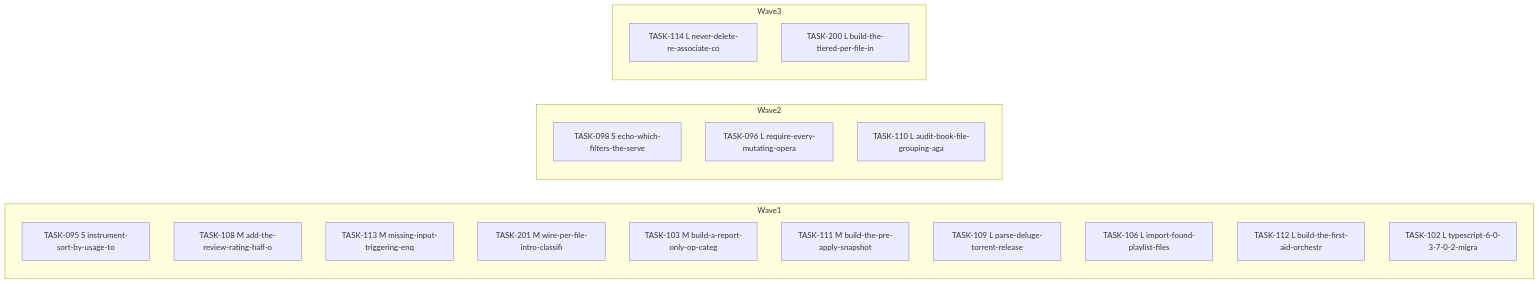
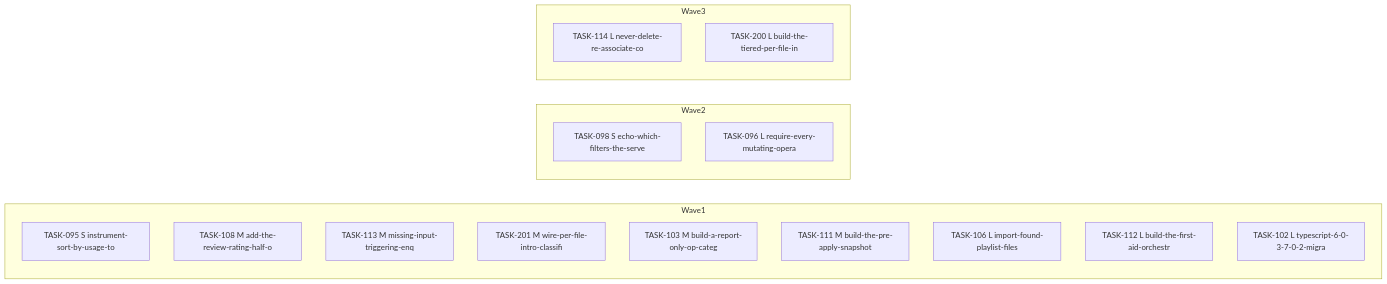
One commit to falkcorp/audiobook-organizer changed the diagram in docs/agent-tasks/todo-completion-2026-09/missing-file-lane/orchestration.md. Above: the diagram before and after it, drawn with Mermaid. The commit also changed other lines of this file and 118 other files, not shown here.

````diff
--- a/docs/agent-tasks/todo-completion-2026-09/missing-file-lane/orchestration.md
+++ b/docs/agent-tasks/todo-completion-2026-09/missing-file-lane/orchestration.md
@@ -10,24 +10,22 @@
 ```mermaid
 flowchart LR
     subgraph Wave1
       TASK095[TASK-095 S instrument-sort-by-usage-to]
       TASK108[TASK-108 M add-the-review-rating-half-o]
       TASK113[TASK-113 M missing-input-triggering-enq]
       TASK201[TASK-201 M wire-per-file-intro-classifi]
       TASK103[TASK-103 M build-a-report-only-op-categ]
       TASK111[TASK-111 M build-the-pre-apply-snapshot]
-      TASK109[TASK-109 L parse-deluge-torrent-release]
       TASK106[TASK-106 L import-found-playlist-files]
       TASK112[TASK-112 L build-the-first-aid-orchestr]
       TASK102[TASK-102 L typescript-6-0-3-7-0-2-migra]
     end
     subgraph Wave2
       TASK098[TASK-098 S echo-which-filters-the-serve]
       TASK096[TASK-096 L require-every-mutating-opera]
-      TASK110[TASK-110 L audit-book-file-grouping-aga]
     end
     subgraph Wave3
       TASK114[TASK-114 L never-delete-re-associate-co]
       TASK200[TASK-200 L build-the-tiered-per-file-in]
     end
 ```
````
